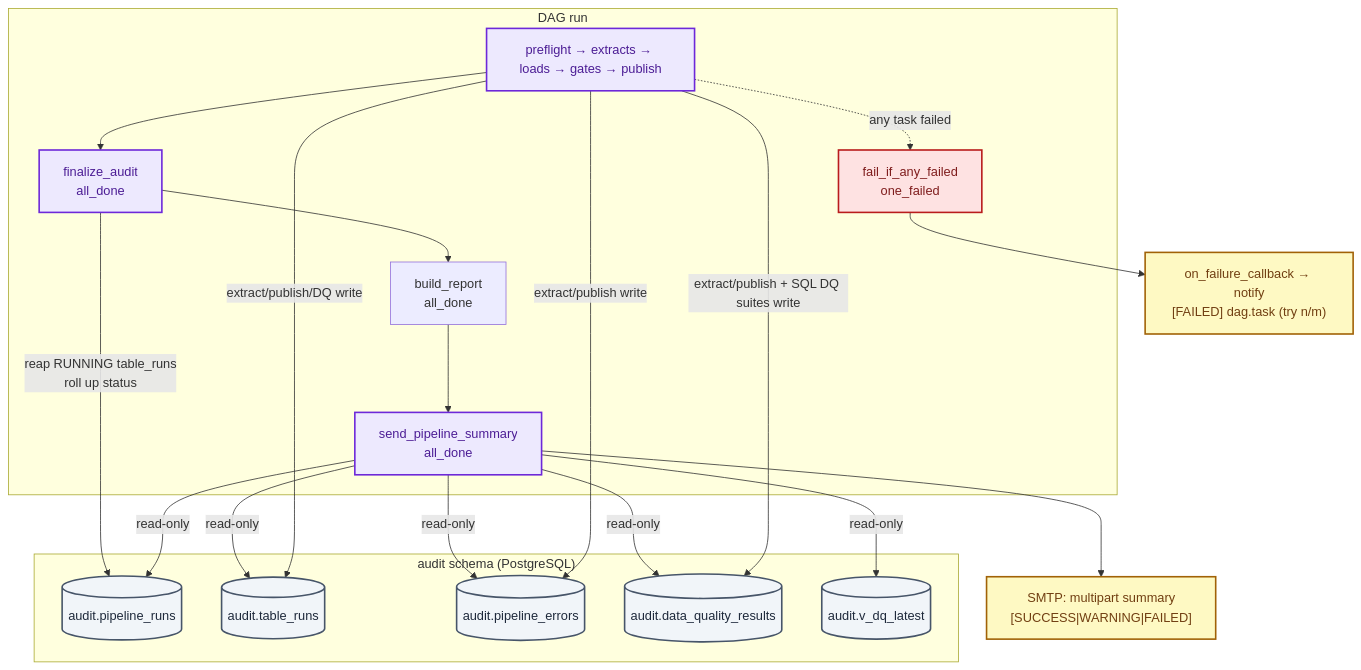
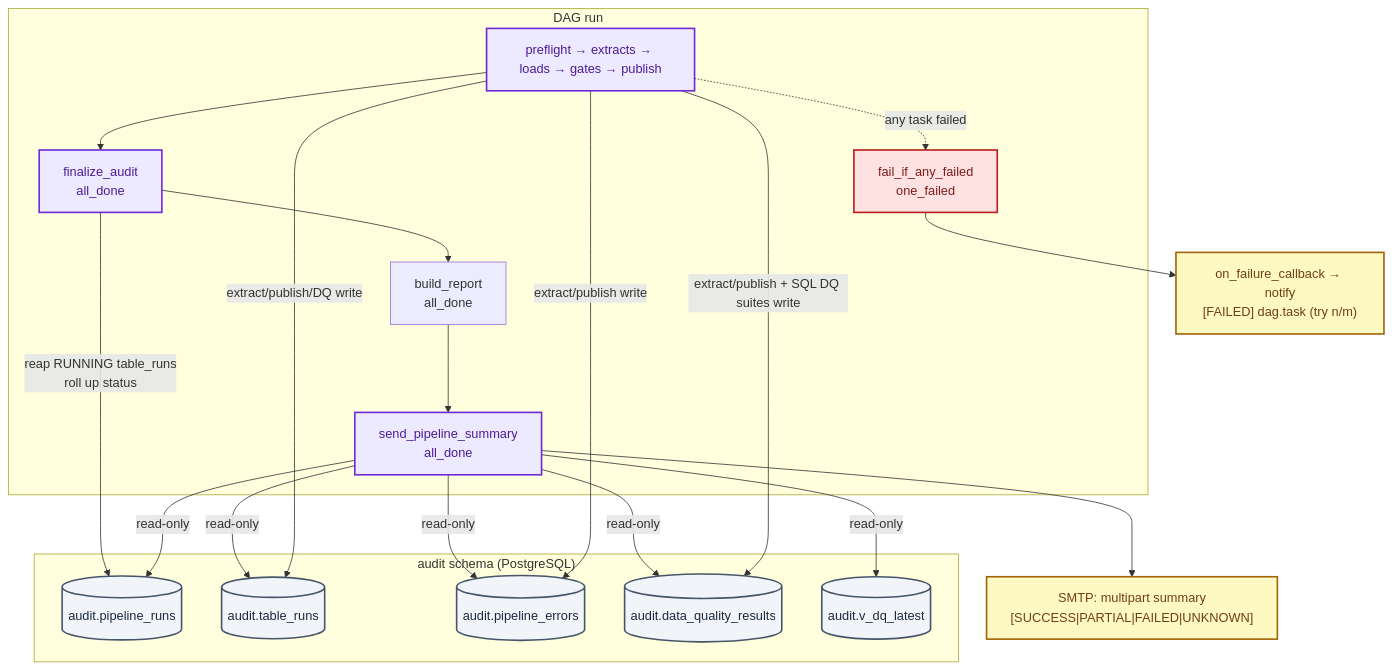
Before and after one commit to Nitinx12/Banking-Delta-Lakehouse: the fifth of 5 diagrams in docs/AIRFLOW.md, drawn with Mermaid. The commit also changed other lines of this file and 11 other files, not shown here.

````diff
--- a/docs/AIRFLOW.md
+++ b/docs/AIRFLOW.md
@@ -228,44 +236,44 @@
 ```mermaid
 flowchart TB
     subgraph RUN["DAG run"]
         T1["preflight → extracts → loads → gates → publish"]
         FIN["finalize_audit<br/>all_done"]
         BR["build_report<br/>all_done"]
         SUM["send_pipeline_summary<br/>all_done"]
         FAIL["fail_if_any_failed<br/>one_failed"]
         T1 --> FIN
         T1 -.->|any task failed| FAIL
         FIN --> BR --> SUM
     end
 
     subgraph AUD["audit schema (PostgreSQL)"]
         PR[("audit.pipeline_runs")]
         TR[("audit.table_runs")]
         ER[("audit.pipeline_errors")]
         DQ[("audit.data_quality_results")]
         VD[("audit.v_dq_latest")]
     end
 
     FIN -->|reap RUNNING table_runs<br/>roll up status| PR
     SUM -->|read-only| PR
     SUM -->|read-only| TR
     SUM -->|read-only| ER
     SUM -->|read-only| DQ
     SUM -->|read-only| VD
 
     T1 -->|extract/publish/DQ write| TR
     T1 -->|extract/publish write| ER
     T1 -->|extract/publish + SQL DQ suites write| DQ
 
-    SUM --> MAIL["SMTP: multipart summary<br/>[SUCCESS|WARNING|FAILED]"]
+    SUM --> MAIL["SMTP: multipart summary<br/>[SUCCESS|PARTIAL|FAILED|UNKNOWN]"]
     FAIL --> CBM["on_failure_callback → notify<br/>[FAILED] dag.task (try n/m)"]
 
     classDef run fill:#ede9fe,stroke:#6d28d9,color:#4c1d95,stroke-width:2px
     classDef audit fill:#f1f5f9,stroke:#475569,color:#1e293b,stroke-width:2px
     classDef gate fill:#fee2e2,stroke:#b91c1c,color:#7f1d1d,stroke-width:2px
     classDef mail fill:#fef9c3,stroke:#a16207,color:#713f12,stroke-width:2px
     class T1,FIN,SUM run
     class PR,TR,ER,DQ,VD audit
     class FAIL gate
     class MAIL,CBM mail
 ```
````
